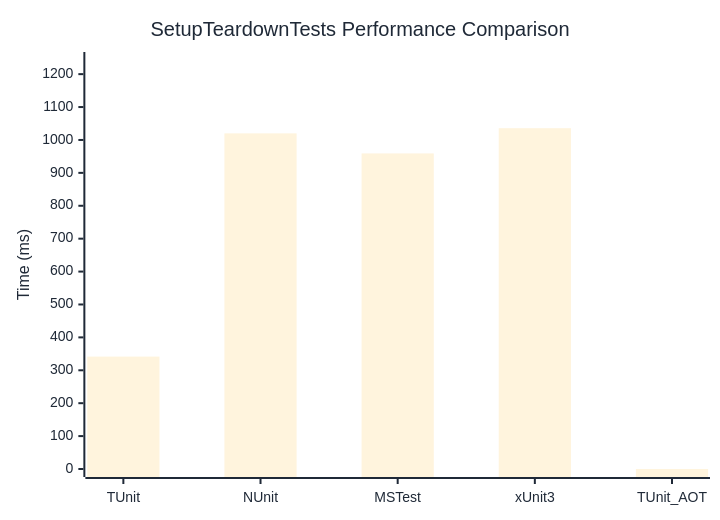
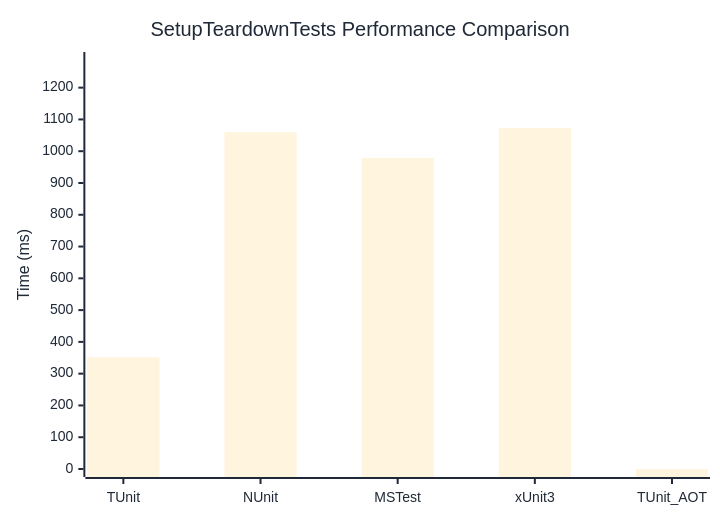
The diagram in docs/docs/benchmarks/SetupTeardownTests.md (thomhurst/TUnit), drawn with Mermaid before and after one commit. The commit also changed other lines of this file and 16 other files, not shown here.

````diff
--- a/docs/docs/benchmarks/SetupTeardownTests.md
+++ b/docs/docs/benchmarks/SetupTeardownTests.md
@@ -27,37 +27,37 @@
 ```mermaid
 %%{init: {
   'theme':'base',
   'themeVariables': {
     'primaryColor': '#2563eb',
     'primaryTextColor': '#1f2937',
     'primaryBorderColor': '#1e40af',
     'lineColor': '#6b7280',
     'secondaryColor': '#7c3aed',
     'tertiaryColor': '#dc2626',
     'background': '#ffffff',
     'mainBkg': '#2563eb',
     'secondBkg': '#7c3aed',
     'tertiaryBkg': '#dc2626',
     'clusterBkg': '#f3f4f6',
     'edgeLabelBackground': '#ffffff',
     'tertiaryTextColor': '#1f2937',
     'pie1': '#2563eb',
     'pie2': '#7c3aed',
     'pie3': '#dc2626',
     'pie4': '#f59e0b',
     'pie5': '#10b981',
     'pie6': '#06b6d4',
     'pie7': '#ec4899',
     'pie8': '#6366f1',
     'pie9': '#84cc16',
     'pie10': '#f97316',
     'pie11': '#14b8a6',
     'pie12': '#a855f7'
   }
 }}%%
 xychart-beta
   title "SetupTeardownTests Performance Comparison"
   x-axis ["TUnit", "NUnit", "MSTest", "xUnit3", "TUnit_AOT"]
-  y-axis "Time (ms)" 0 --> 1243
-  bar [341.6, 1020, 959.1, 1035.8, 0]
+  y-axis "Time (ms)" 0 --> 1287
+  bar [351.3, 1059.6, 978.8, 1072.5, 0]
 ```
````
